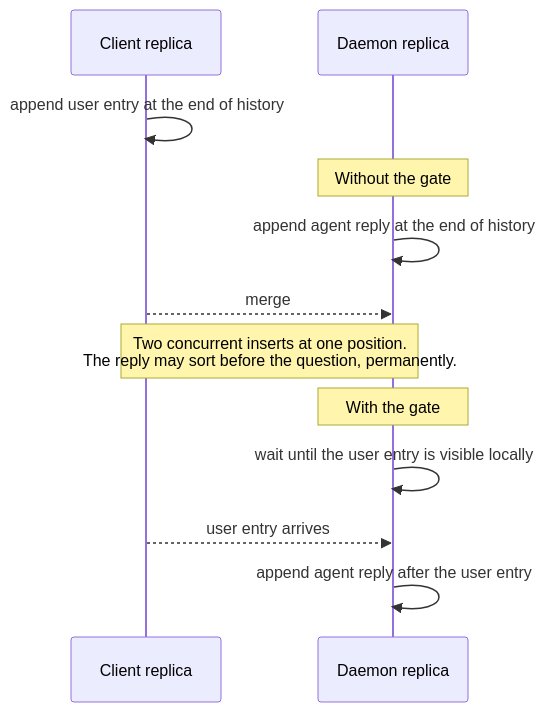
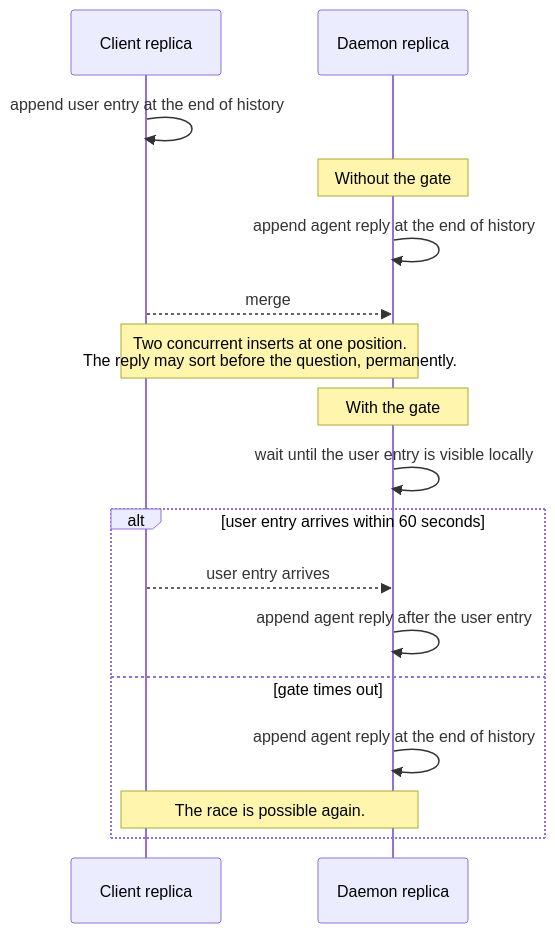
Before and after one commit to leynos/lody-docs: the diagram in docs/loro-documents/writers-and-merge.md, drawn with Mermaid. The commit also changed other lines of this file and 9 other files, not shown here.

First line of the commit message:
Qualify claims in the architecture, Loro and cloud documents

````diff
--- a/docs/loro-documents/writers-and-merge.md
+++ b/docs/loro-documents/writers-and-merge.md
@@ -92,15 +93,20 @@
 ```mermaid
 sequenceDiagram
     participant C as Client replica
     participant D as Daemon replica
 
     C->>C: append user entry at the end of history
     Note over D: Without the gate
     D->>D: append agent reply at the end of history
     C-->>D: merge
     Note over C,D: Two concurrent inserts at one position.<br/>The reply may sort before the question, permanently.
     Note over D: With the gate
     D->>D: wait until the user entry is visible locally
-    C-->>D: user entry arrives
-    D->>D: append agent reply after the user entry
+    alt user entry arrives within 60 seconds
+        C-->>D: user entry arrives
+        D->>D: append agent reply after the user entry
+    else gate times out
+        D->>D: append agent reply at the end of history
+        Note over C,D: The race is possible again.
+    end
 ```
````
